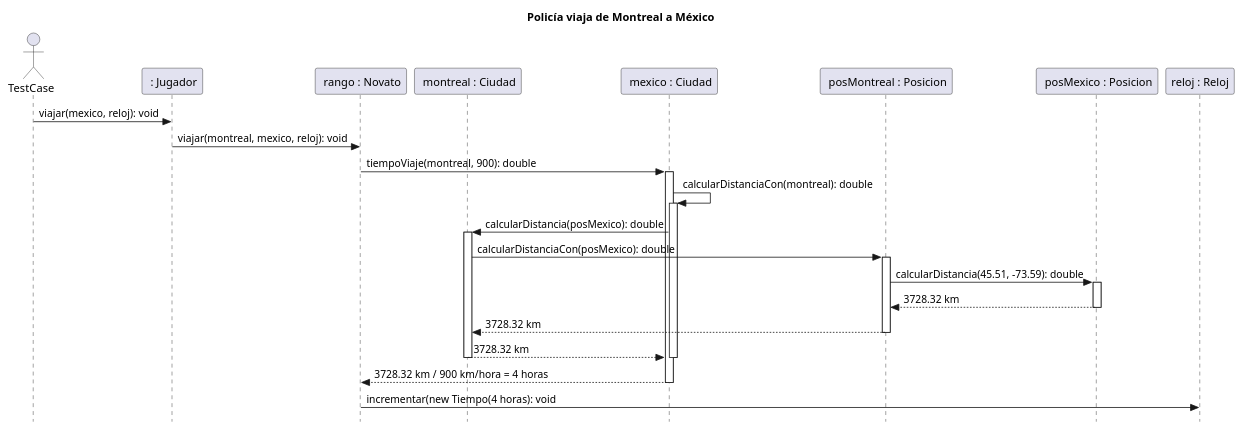
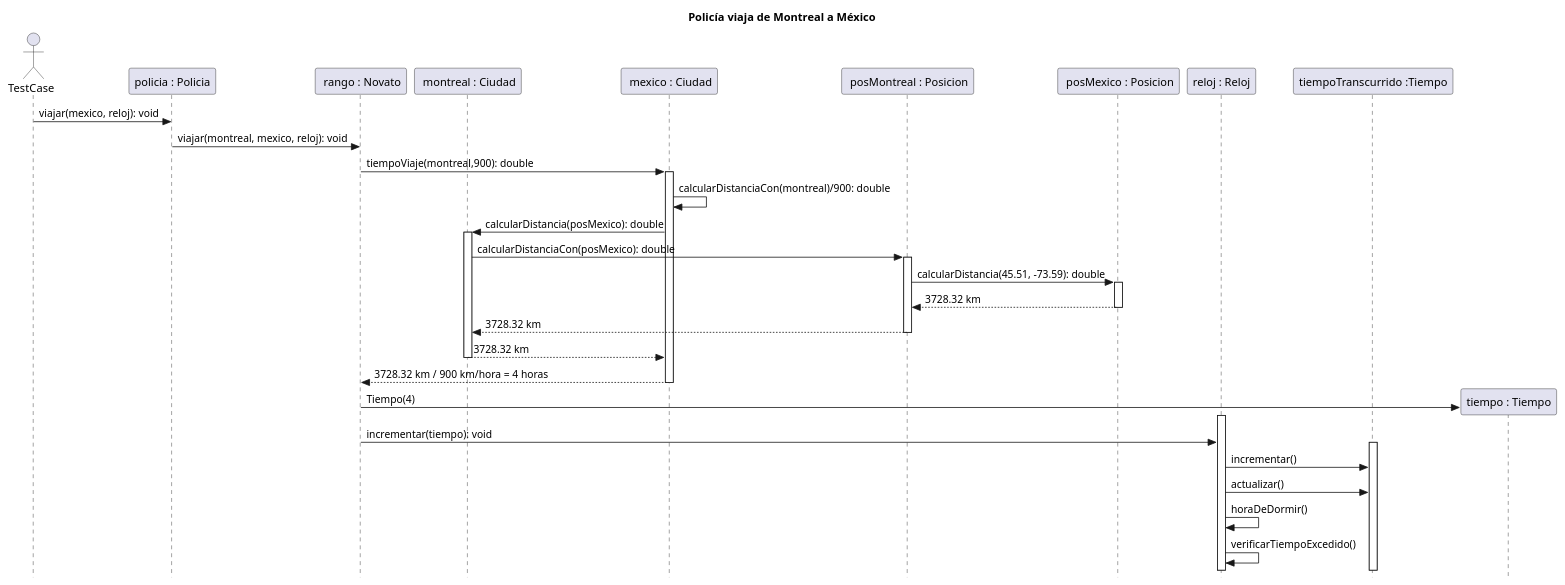
Before and after one commit to martinanus/algo3_tp2: the diagram in diagrams/sequences/PoliciaViajaDeMontrealAMexico.plantuml, drawn with PlantUML. The commit also changed 4 other files, not shown here.

Commit message:
Se avanzan diagramas de secuencias

```diff
--- a/diagrams/sequences/PoliciaViajaDeMontrealAMexico.plantuml
+++ b/diagrams/sequences/PoliciaViajaDeMontrealAMexico.plantuml
@@ -1,36 +1,43 @@
 @startuml
 skinparam style strictuml
 
 title: Policía viaja de Montreal a México
 
 actor TestCase
 
-participant " : Jugador" as policia
+participant "policia : Policia" as policia
 participant " rango : Novato" as rango
 participant " montreal : Ciudad" as montreal
 participant " mexico : Ciudad" as mexico
 participant " posMontreal : Posicion" as posicionMontreal
 participant " posMexico : Posicion" as posicionMexico
 participant "reloj : Reloj" as reloj
+participant "tiempoTranscurrido :Tiempo" as tiempoTranscurrido
+participant "tiempo : Tiempo" as tiempo
 
 TestCase -> policia: viajar(mexico, reloj): void
 policia -> rango: viajar(montreal, mexico, reloj): void
-rango -> mexico: tiempoViaje(montreal, 900): double
+
+rango -> mexico: tiempoViaje(montreal,900): double
 activate mexico
-mexico -> mexico: calcularDistanciaCon(montreal): double
-activate mexico
+mexico -> mexico: calcularDistanciaCon(montreal)/900: double
 mexico -> montreal: calcularDistancia(posMexico): double
 activate montreal
 montreal -> posicionMontreal: calcularDistanciaCon(posMexico): double
 activate posicionMontreal
 posicionMontreal -> posicionMexico: calcularDistancia(45.51, -73.59): double
 activate posicionMexico
 return 3728.32 km
 return 3728.32 km
 return 3728.32 km
-deactivate mexico
 return 3728.32 km / 900 km/hora = 4 horas
-rango -> reloj: incrementar(new Tiempo(4 horas): void
-
+rango -> tiempo ** :Tiempo(4)
+activate reloj
+rango -> reloj: incrementar(tiempo): void
+activate tiempoTranscurrido
+reloj -> tiempoTranscurrido:incrementar()
+reloj -> tiempoTranscurrido:actualizar()
+reloj -> reloj:horaDeDormir()
+reloj -> reloj: verificarTiempoExcedido()
 
 @enduml
```
